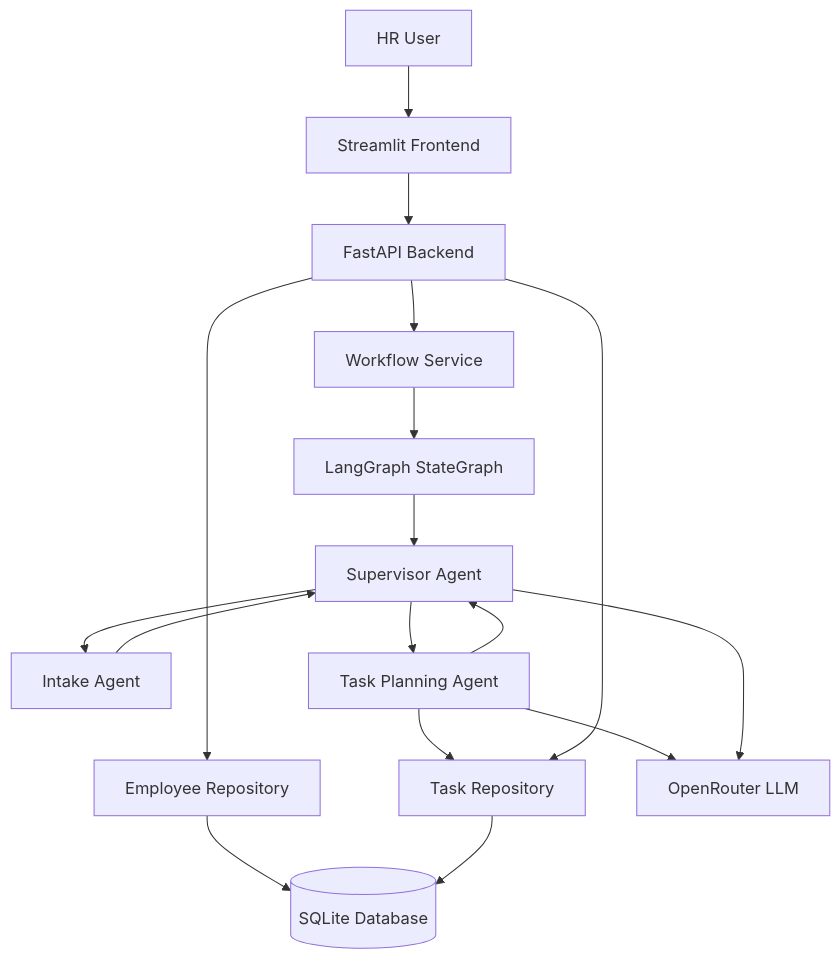
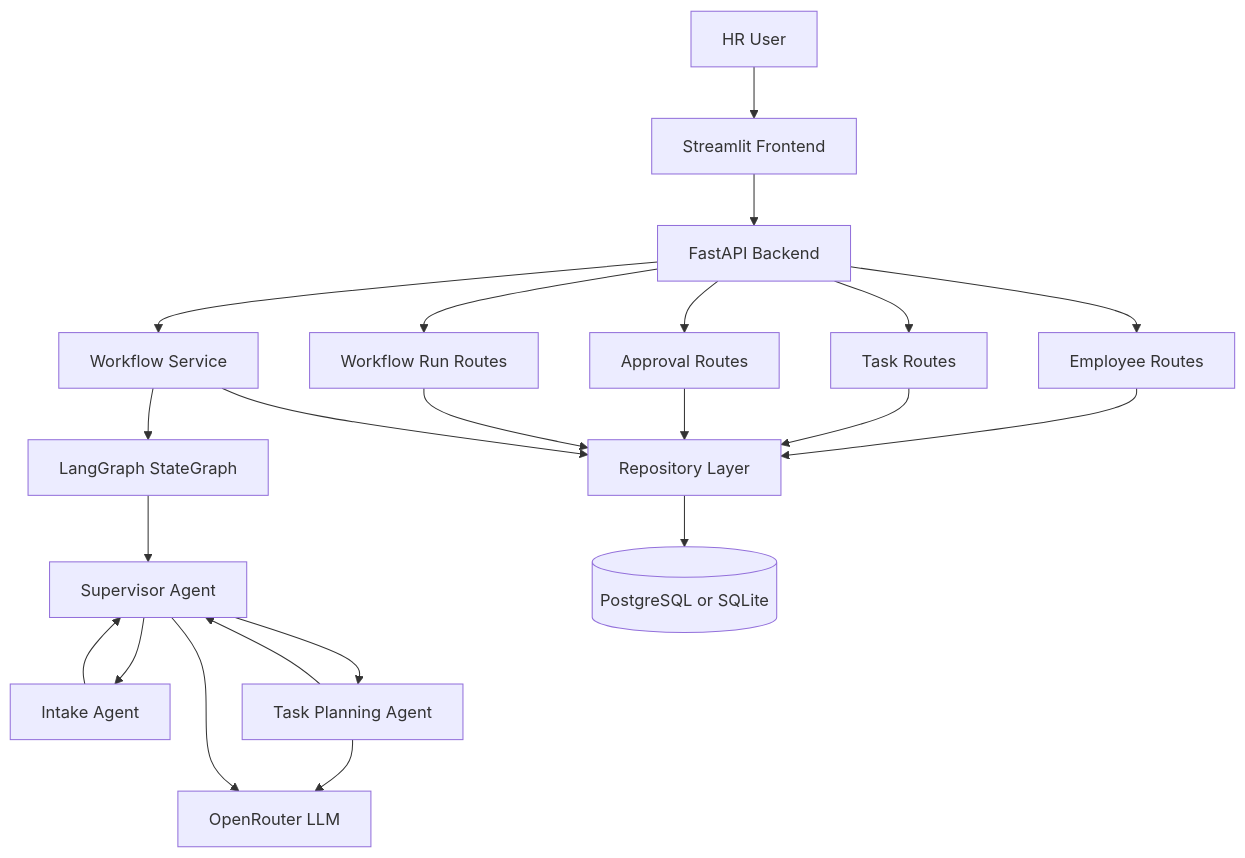
One commit to vego-ds/onboarding-buddy changed the first of 3 diagrams in docs/ARCHITECTURE_DIAGRAM.md. Above: the diagram before and after it, drawn with Mermaid. The commit also changed other lines of this file and 17 other files, not shown here.

````diff
--- a/docs/ARCHITECTURE_DIAGRAM.md
+++ b/docs/ARCHITECTURE_DIAGRAM.md
@@ -3,19 +5,24 @@
 ```mermaid
 flowchart TD
     HR["HR User"] --> UI["Streamlit Frontend"]
     UI --> API["FastAPI Backend"]
+    API --> Employees["Employee Routes"]
+    API --> Tasks["Task Routes"]
+    API --> Approvals["Approval Routes"]
+    API --> Runs["Workflow Run Routes"]
     API --> Service["Workflow Service"]
     Service --> Graph["LangGraph StateGraph"]
     Graph --> Supervisor["Supervisor Agent"]
     Supervisor --> Intake["Intake Agent"]
     Intake --> Supervisor
     Supervisor --> Planner["Task Planning Agent"]
     Planner --> Supervisor
-    Planner --> Tasks["Task Repository"]
-    API --> Employees["Employee Repository"]
-    API --> Tasks
-    Employees --> DB[("SQLite Database")]
-    Tasks --> DB
     Planner --> LLM["OpenRouter LLM"]
     Supervisor --> LLM
+    Employees --> Repos["Repository Layer"]
+    Tasks --> Repos
+    Approvals --> Repos
+    Runs --> Repos
+    Service --> Repos
+    Repos --> DB[("PostgreSQL or SQLite")]
 ```
````
